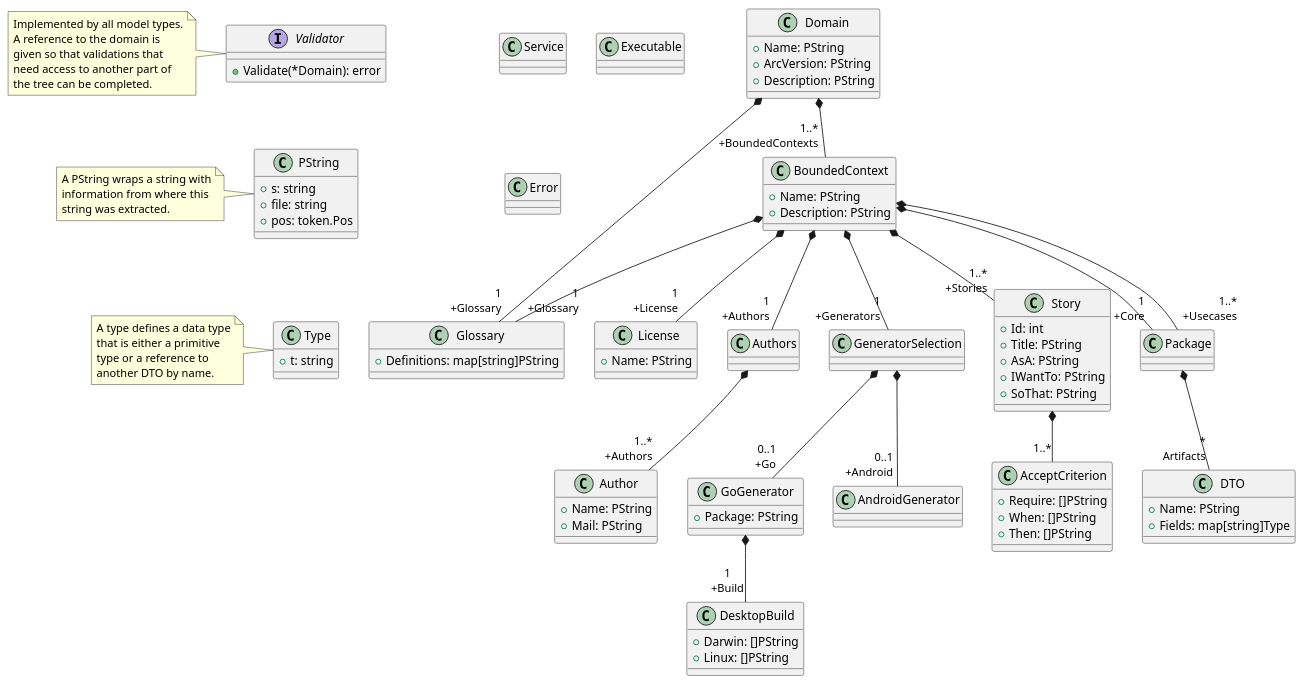
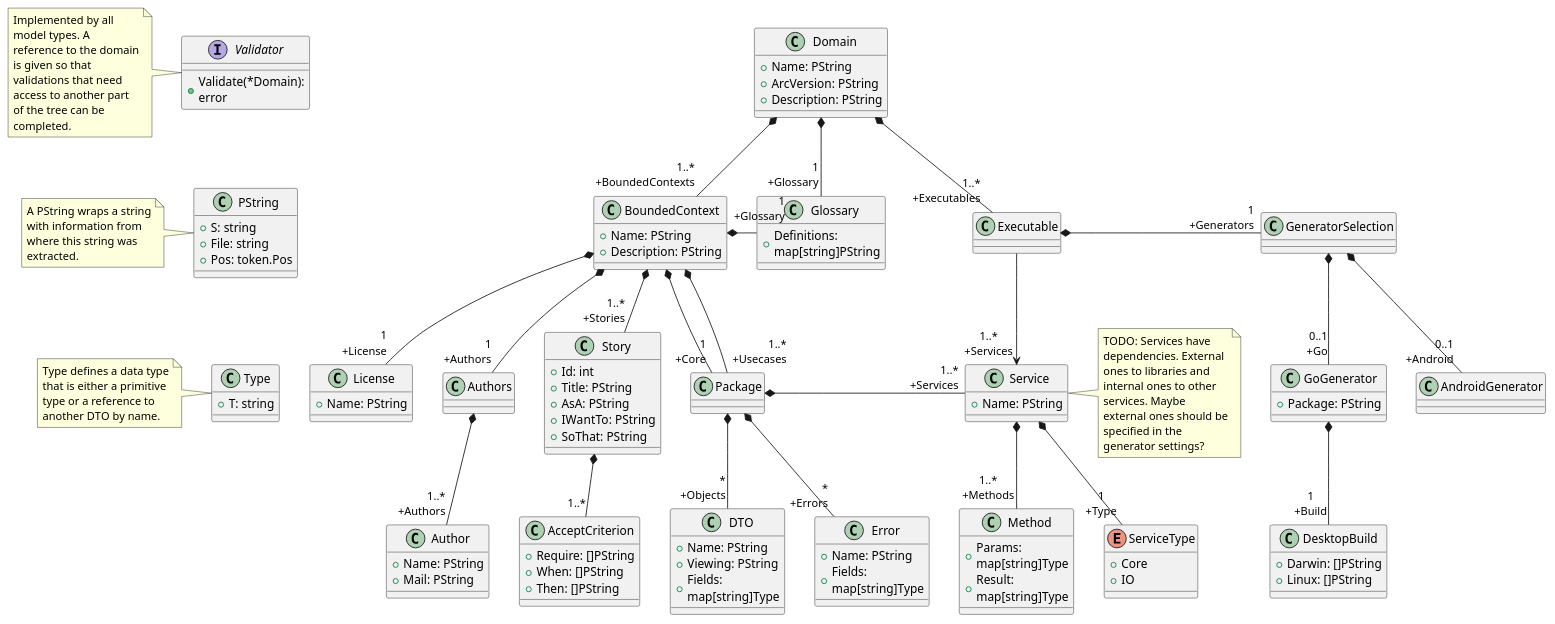
One commit to golangee/architecture changed the diagram in docs/Architecture_Model.puml. Above: the diagram before and after it, drawn with PlantUML. The commit also changed 4 other files, not shown here.

Commit message:
Refine architecture model

```diff
--- a/docs/Architecture_Model.puml
+++ b/docs/Architecture_Model.puml
@@ -1,120 +1,139 @@
 @startuml Architecture_Model
+
+skinparam {
+    wrapWidth 150
+}
 
 interface Validator {
     + Validate(*Domain): error
 }
 note left
-    Implemented by all model types.
-    A reference to the domain is
-    given so that validations that
-    need access to another part of
-    the tree can be completed.
+    Implemented by all model types. A reference to the domain is given so that validations that need access to another part of the tree can be completed.
 end note
 
 class Type {
-    + t: string
+    + T: string
 }
 note left
-    A type defines a data type
-    that is either a primitive
-    type or a reference to
-    another DTO by name.
+    Type defines a data type that is either a primitive type or a reference to another DTO by name.
 end note
 
 class PString {
-    + s: string
-    + file: string
-    + pos: token.Pos
+    + S: string
+    + File: string
+    + Pos: token.Pos
 }
 note left
-    A PString wraps a string with
-    information from where this
-    string was extracted.
+    A PString wraps a string with information from where this string was extracted.
 end note
 
 ' Some hidden arrows to lay out the lonely types.
 Validator -[hidden]-> PString
 PString -[hidden]-> Type
 
 class Domain {
     + Name: PString
     + ArcVersion: PString
     + Description: PString
 }
-Domain *-- "1\r+Glossary" Glossary
+Domain *- "1\r+Glossary" Glossary
 Domain *-- "1..*\r+BoundedContexts" BoundedContext
+Domain *-- "1..*\r+Executables" Executable
 
 class BoundedContext {
     + Name: PString
     + Description: PString
 }
 BoundedContext *-- "1\r+License" License
 BoundedContext *-- "1\r+Authors" Authors
-BoundedContext *-- "1\r+Generators" GeneratorSelection
 BoundedContext *-- "1..*\r+Stories" Story
-BoundedContext *-- "1\r+Glossary" Glossary
+BoundedContext *- "1\r+Glossary" Glossary
 BoundedContext *-- "1\r+Core" Package
 BoundedContext *-- "1..*\r+Usecases" Package
 
 class Package {}
-Package *-- "*\rArtifacts" DTO
+Package *-- "*\r+Objects" DTO
+Package *-- "*\r+Errors" Error
+Package *-[norank]- "1..*\r+Services" Service
 
 class Authors {}
 Authors *-- "1..*\r+Authors" Author
 
 class Author {
     + Name: PString
     + Mail: PString
 }
 
 class License {
     + Name: PString
 }
 
 class Glossary {
     +Definitions: map[string]PString
 }
 
 class Story {
     + Id: int
     + Title: PString
     + AsA: PString
     + IWantTo: PString
     + SoThat: PString
 }
 Story *-- "1..*" AcceptCriterion
 
 class AcceptCriterion {
     + Require: []PString
     + When: []PString
     + Then: []PString
 }
 
 class GeneratorSelection {}
 GeneratorSelection *-- "0..1\r+Go" GoGenerator
 GeneratorSelection *-- "0..1\r+Android" AndroidGenerator
 
 class GoGenerator {
     + Package: PString
 }
 GoGenerator *-- "1\n+Build" DesktopBuild
 
 class DesktopBuild {
     + Darwin: []PString
     + Linux: []PString
 }
 
-class AndroidGenerator {}
+class DTO {
+    + Name: PString
+    + Viewing: PString
+    + Fields: map[string]Type
+}
 
-class DTO {
+class Error {
     + Name: PString
     + Fields: map[string]Type
 }
 
-class Service {}
+class Service {
+    + Name: PString
+}
+Service *-- "1..*\n+Methods" Method
+Service *-- "1\n+Type" ServiceType
+
+enum ServiceType {
+    + Core
+    + IO
+}
+
+note right of Service
+    TODO: Services have dependencies. External ones to libraries and internal ones to other services. Maybe external ones should be specified in the generator settings?
+end note
+
+class Method {
+    +Params: map[string]Type
+    +Result: map[string]Type
+}
 
 class Executable {}
-
-class Error {}
+Executable --> "1..*\n+Services" Service
+Executable *- "1\r+Generators" GeneratorSelection
 
 @enduml
```
